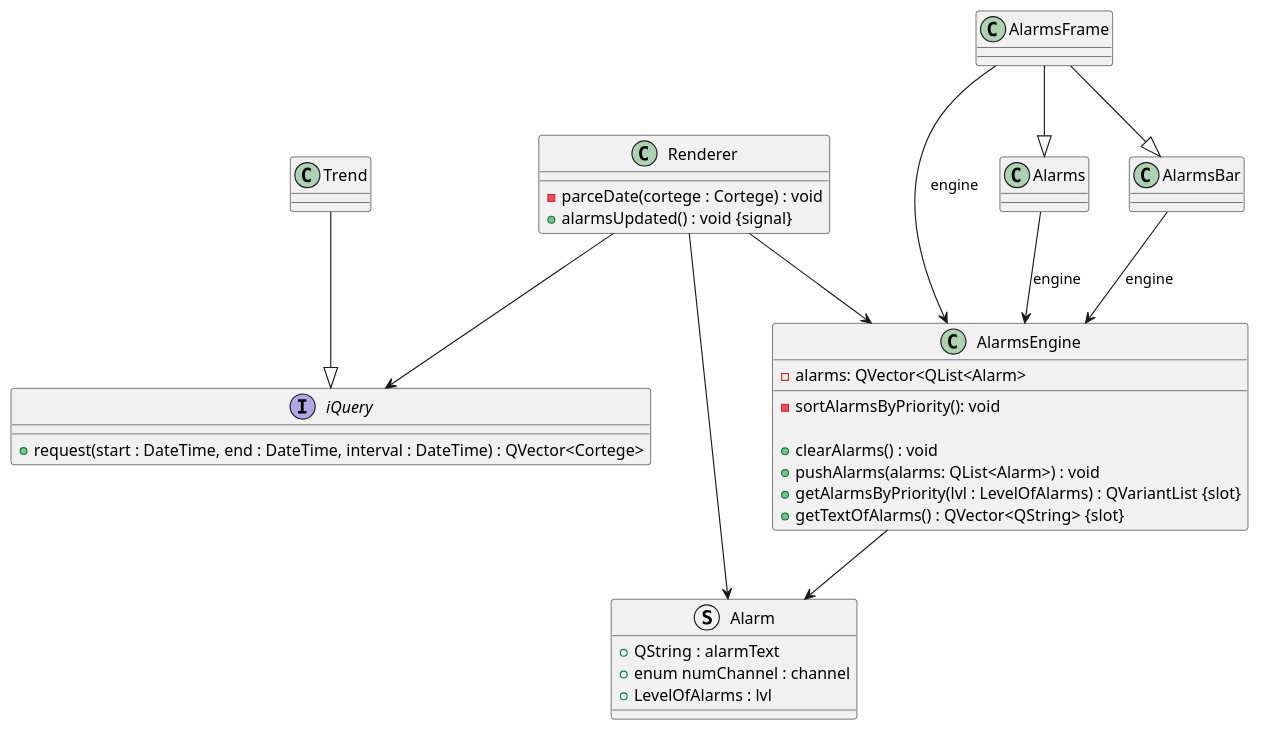
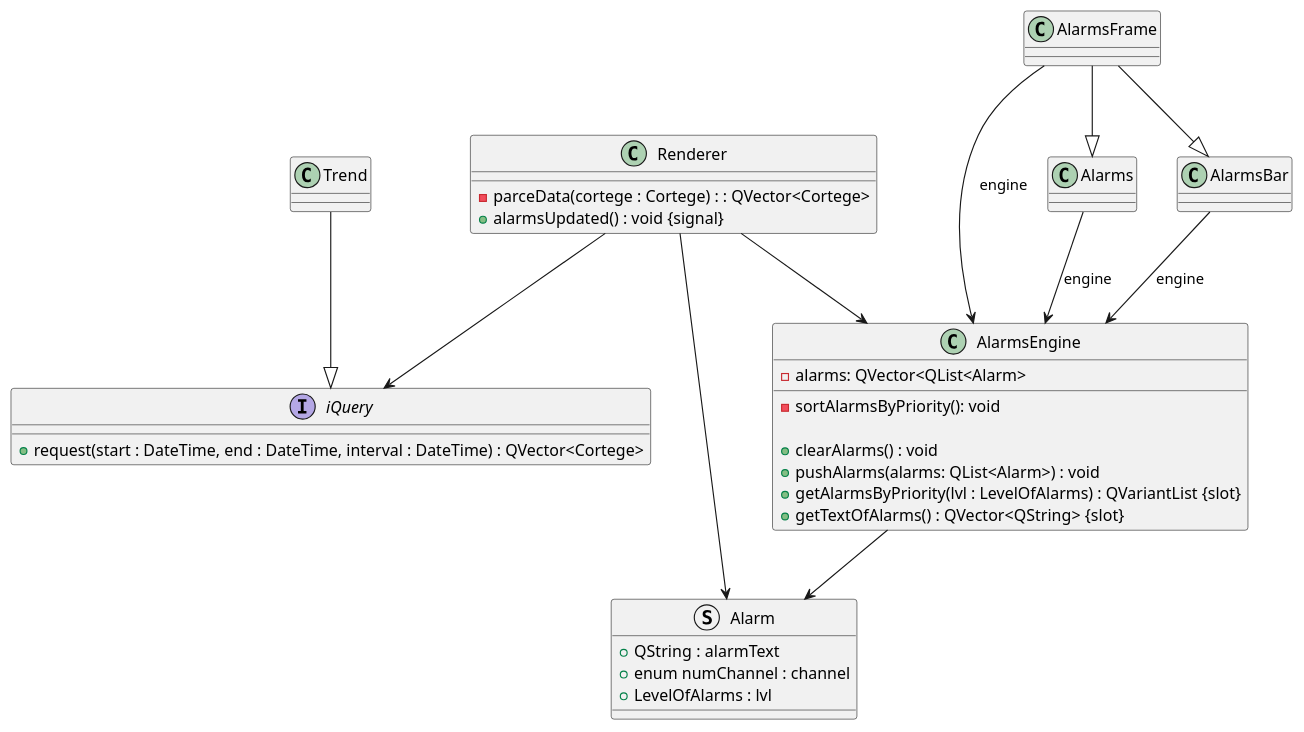
One commit to gpicugin/Diagrams changed the diagram in AlarmsEngineClassDiagram.wsd. Above: the diagram before and after it, drawn with PlantUML. The commit also changed 2 other files, not shown here.

```diff
--- a/AlarmsEngineClassDiagram.wsd
+++ b/AlarmsEngineClassDiagram.wsd
@@ -1,57 +1,44 @@
 @startuml ClassDiagram
 
 class Renderer {
-    - parceDate(cortege : Cortege) : void
+    - parceDatа(cortege : Cortege) : : QVector<Cortege>
     + alarmsUpdated() : void {signal}
 }
 
 interface iQuery {
     + request(start : DateTime, end : DateTime, interval : DateTime) : QVector<Cortege>
 }
 
 class AlarmsEngine {
     - alarms: QVector<QList<Alarm>
     - sortAlarmsByPriority(): void
 
     + clearAlarms() : void
     + pushAlarms(alarms: QList<Alarm>) : void
     + getAlarmsByPriority(lvl : LevelOfAlarms) : QVariantList {slot}
     + getTextOfAlarms() : QVector<QString> {slot}
 }
 
 struct Alarm {
     + QString : alarmText
     + enum numChannel : channel
     + LevelOfAlarms : lvl
 }
 
 Renderer --> Alarm
 AlarmsEngine --> Alarm
 
 Renderer --> iQuery
 Trend --|> iQuery
 
 Renderer --> AlarmsEngine
 
 AlarmsFrame --|> Alarms
 Alarms --> AlarmsEngine : engine
 
 AlarmsFrame --> AlarmsEngine : engine
 
 AlarmsFrame --|> AlarmsBar
 AlarmsBar --> AlarmsEngine : engine
 
-
-
-
-
-
-
-
-
-
-
-
-
-
 @enduml
```
